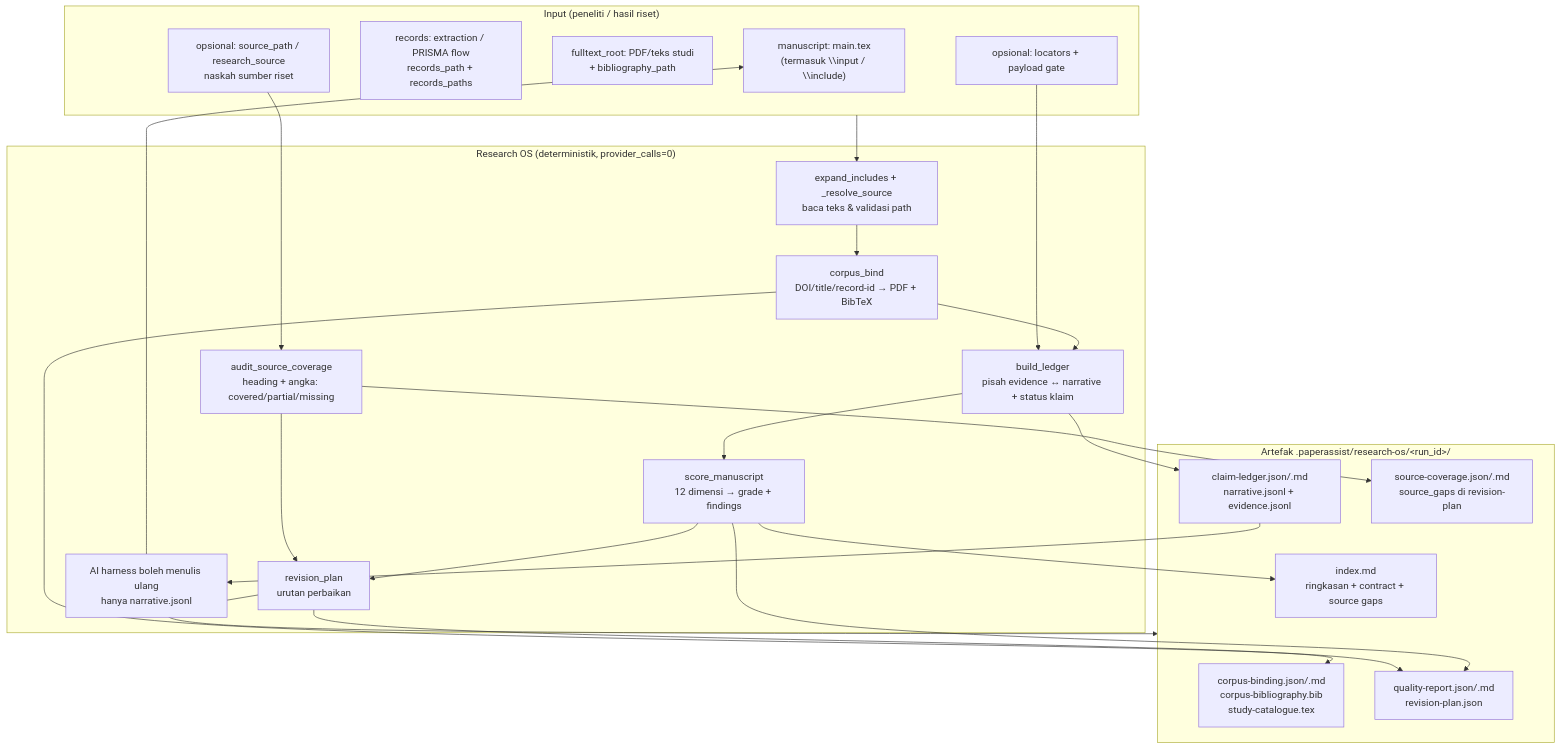
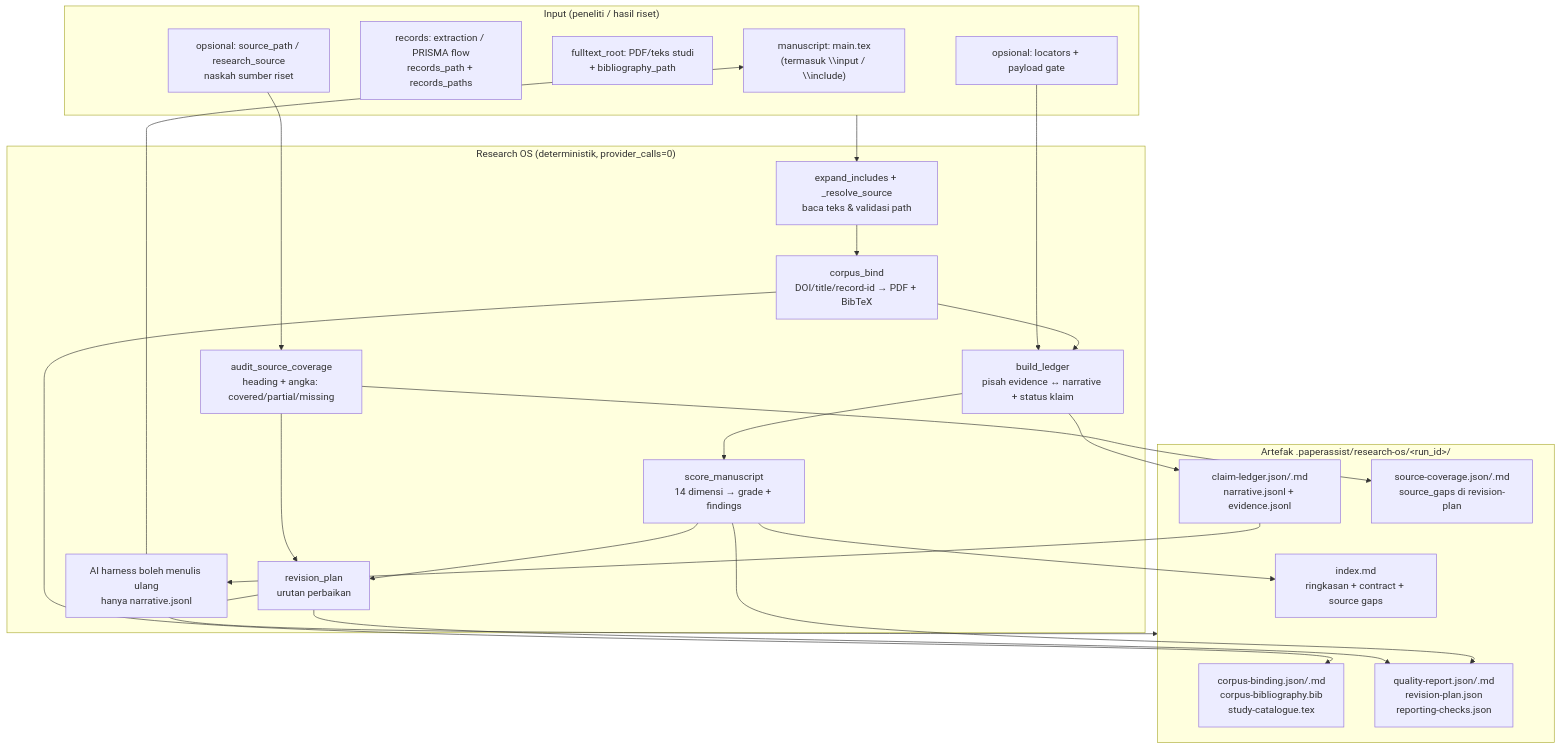
The second of 2 diagrams in README.md (mahdyarief/paper-assist), drawn with Mermaid before and after one commit. The commit also changed other lines of this file and 17 other files, not shown here.

````diff
--- a/README.md
+++ b/README.md
@@ -244,39 +257,39 @@
 ```mermaid
 flowchart TD
     subgraph IN["Input (peneliti / hasil riset)"]
         M["manuscript: main.tex<br/>(termasuk \\input / \\include)"]
         R["records: extraction / PRISMA flow<br/>records_path + records_paths"]
         F["fulltext_root: PDF/teks studi<br/>+ bibliography_path"]
         S["opsional: source_path / research_source<br/>naskah sumber riset"]
         L["opsional: locators + payload gate"]
     end
 
     subgraph OS["Research OS (deterministik, provider_calls=0)"]
         X["expand_includes + _resolve_source<br/>baca teks & validasi path"]
         B["corpus_bind<br/>DOI/title/record-id → PDF + BibTeX"]
         C["build_ledger<br/>pisah evidence ↔ narrative + status klaim"]
-        Q["score_manuscript<br/>12 dimensi → grade + findings"]
+        Q["score_manuscript<br/>14 dimensi → grade + findings"]
         P["revision_plan<br/>urutan perbaikan"]
         V["audit_source_coverage<br/>heading + angka: covered/partial/missing"]
         H["AI harness boleh menulis ulang<br/>hanya narrative.jsonl"]
     end
 
     subgraph OUT["Artefak .paperassist/research-os/&lt;run_id&gt;/"]
         A1["corpus-binding.json/.md<br/>corpus-bibliography.bib<br/>study-catalogue.tex"]
         A2["claim-ledger.json/.md<br/>narrative.jsonl + evidence.jsonl"]
-        A3["quality-report.json/.md<br/>revision-plan.json"]
+        A3["quality-report.json/.md<br/>revision-plan.json<br/>reporting-checks.json"]
         A4["source-coverage.json/.md<br/>source_gaps di revision-plan"]
         A5["index.md<br/>ringkasan + contract + source gaps"]
     end
 
     IN --> X --> B --> C --> Q --> P --> OUT
     S --> V --> A4
     V --> P
     L --> C
     A2 --> H --> M
     Q --> A3
     P --> A3
     B --> A1
     C --> A2
     Q --> A5
 ```
````
